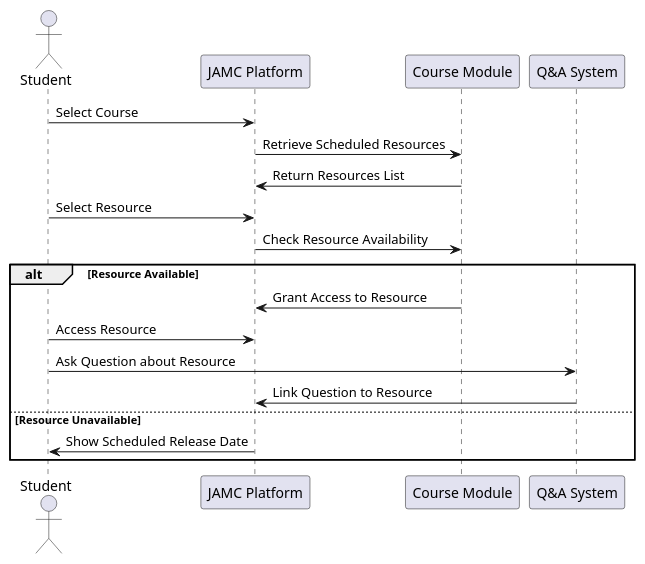
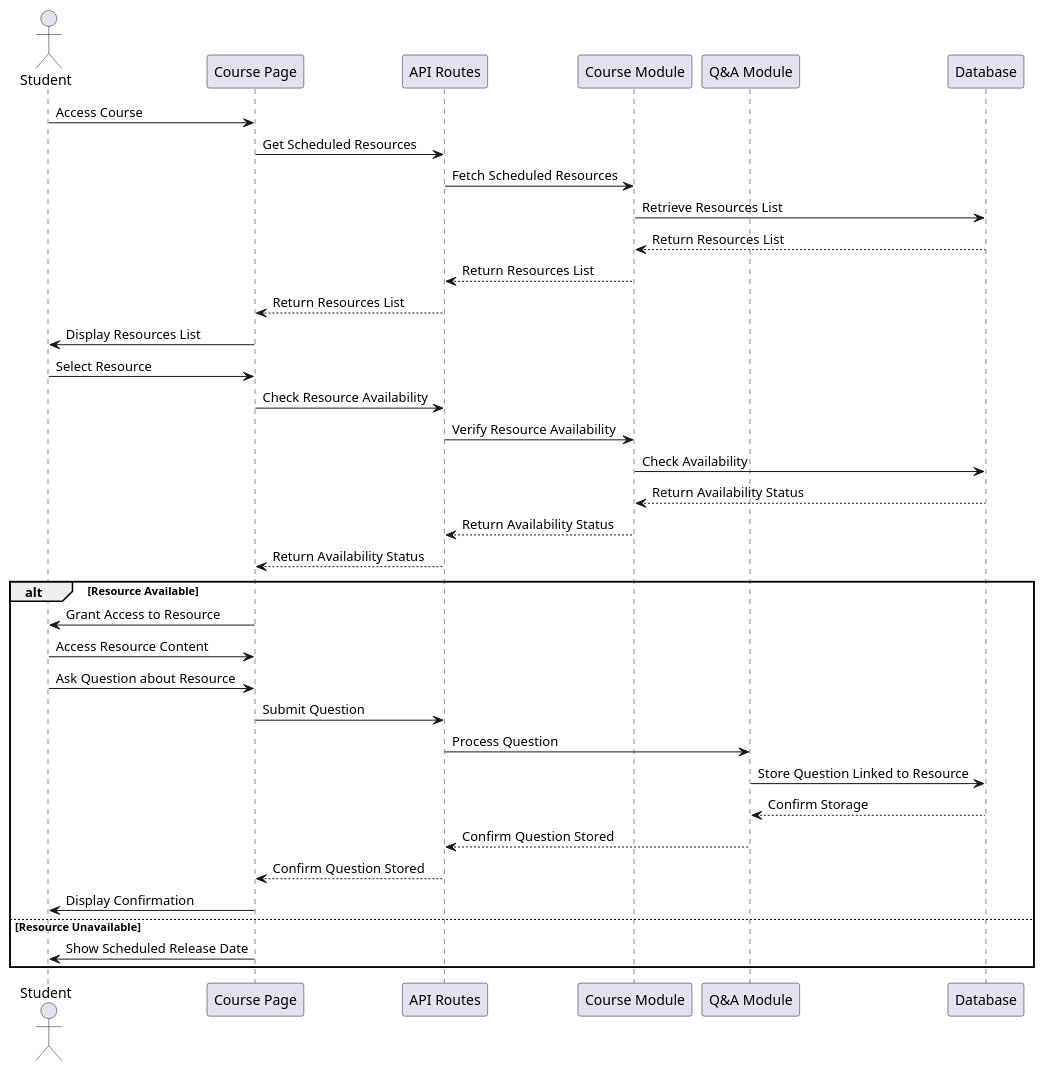
The diagram in projects/jamc/design/diagrams/educational-resource-access-sequence-diagram.puml (alexajuno/notes), drawn with PlantUML before and after one commit. The commit also changed 37 other files, not shown here.

Commit message:
Refactor JAMC project documentation and diagrams; update workspace settings in Obsidian. Removed outdated daily notes and added new diagrams for class management, course monetization, and user registration processes. Updated workspace.json to reflect recent changes in active files and titles.

```diff
--- a/projects/jamc/design/diagrams/educational-resource-access-sequence-diagram.puml
+++ b/projects/jamc/design/diagrams/educational-resource-access-sequence-diagram.puml
@@ -1,20 +1,42 @@
-@startuml
+@startuml educational-resource-access-sequence-diagram
+
 actor Student
-participant "JAMC Platform" as Platform
-participant "Course Module" as Course
-participant "Q&A System" as QnA
+participant "Course Page" as CoursePage
+participant "API Routes" as APIRoutes
+participant "Course Module" as CourseModule
+participant "Q&A Module" as QAModule
+participant "Database" as Database
 
-Student -> Platform: Select Course
-Platform -> Course: Retrieve Scheduled Resources
-Course -> Platform: Return Resources List
-Student -> Platform: Select Resource
-Platform -> Course: Check Resource Availability
+Student -> CoursePage: Access Course
+CoursePage -> APIRoutes: Get Scheduled Resources
+APIRoutes -> CourseModule: Fetch Scheduled Resources
+CourseModule -> Database: Retrieve Resources List
+Database --> CourseModule: Return Resources List
+CourseModule --> APIRoutes: Return Resources List
+APIRoutes --> CoursePage: Return Resources List
+CoursePage -> Student: Display Resources List
+
+Student -> CoursePage: Select Resource
+CoursePage -> APIRoutes: Check Resource Availability
+APIRoutes -> CourseModule: Verify Resource Availability
+CourseModule -> Database: Check Availability
+Database --> CourseModule: Return Availability Status
+CourseModule --> APIRoutes: Return Availability Status
+APIRoutes --> CoursePage: Return Availability Status
+
 alt Resource Available
-    Course -> Platform: Grant Access to Resource
-    Student -> Platform: Access Resource
-    Student -> QnA: Ask Question about Resource
-    QnA -> Platform: Link Question to Resource
+    CoursePage -> Student: Grant Access to Resource
+    Student -> CoursePage: Access Resource Content
+    Student -> CoursePage: Ask Question about Resource
+    CoursePage -> APIRoutes: Submit Question
+    APIRoutes -> QAModule: Process Question
+    QAModule -> Database: Store Question Linked to Resource
+    Database --> QAModule: Confirm Storage
+    QAModule --> APIRoutes: Confirm Question Stored
+    APIRoutes --> CoursePage: Confirm Question Stored
+    CoursePage -> Student: Display Confirmation
 else Resource Unavailable
-    Platform -> Student: Show Scheduled Release Date
+    CoursePage -> Student: Show Scheduled Release Date
 end
+
 @enduml
```
